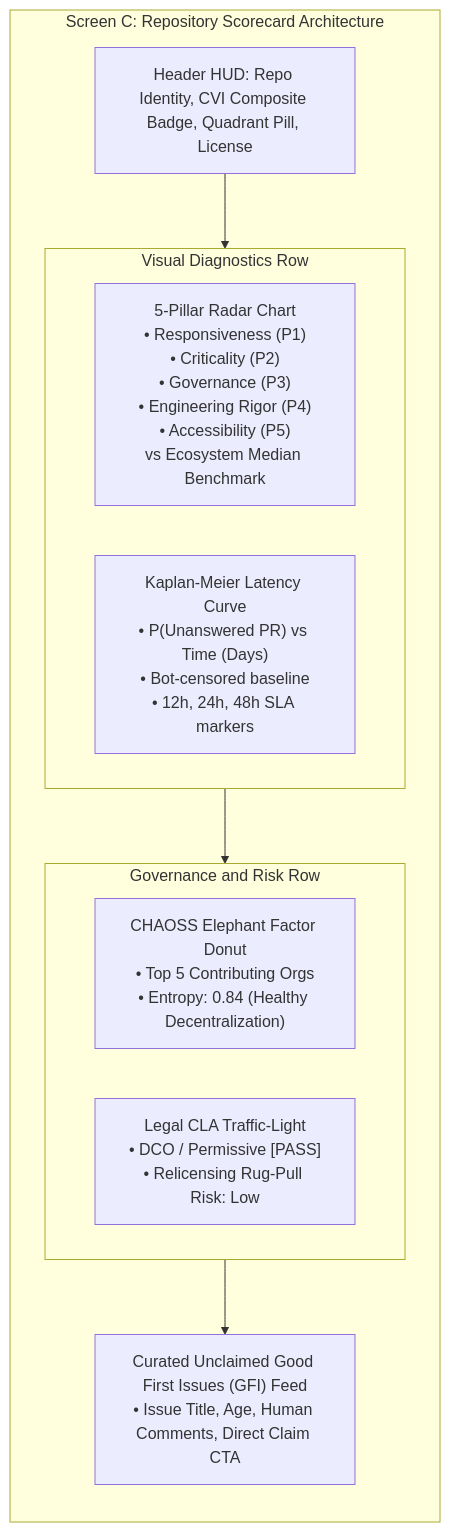
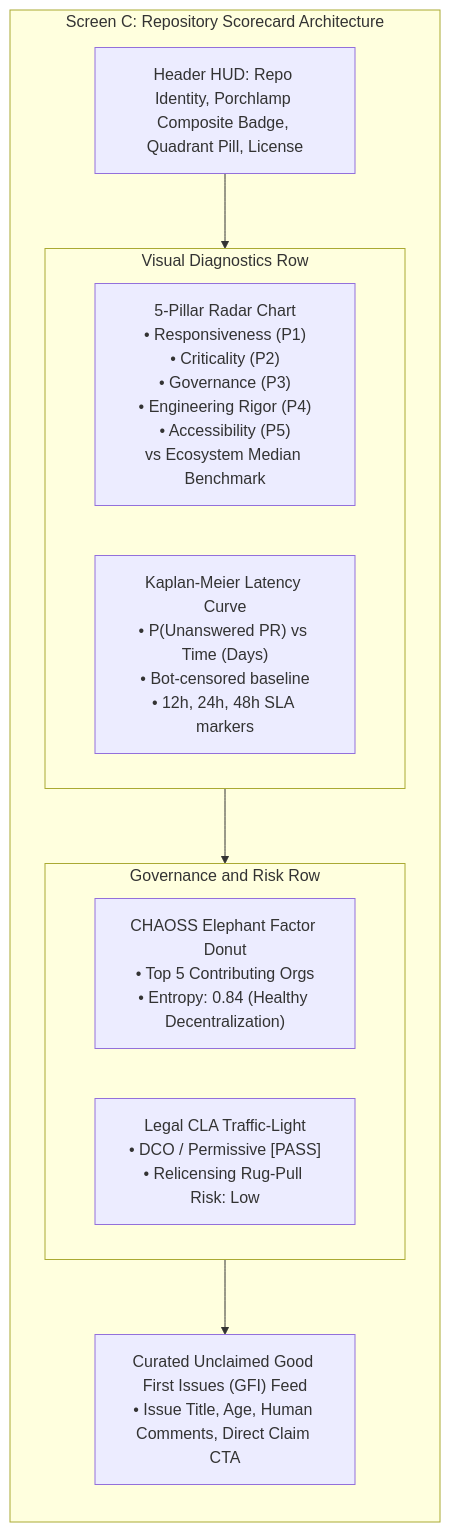
The eighth of 10 diagrams in docs/UI_UX_SPECIFICATION.md (pctablet505/porchlamp-engine), drawn with Mermaid before and after one commit. The commit also changed other lines of this file and 643 other files, not shown here.

````diff
--- a/docs/UI_UX_SPECIFICATION.md
+++ b/docs/UI_UX_SPECIFICATION.md
@@ -367,25 +367,25 @@
 ```mermaid
 flowchart TB
     subgraph ScorecardLayout ["Screen C: Repository Scorecard Architecture"]
         direction TB
-        Header["Header HUD: Repo Identity, CVI Composite Badge, Quadrant Pill, License"]
+        Header["Header HUD: Repo Identity, Porchlamp Composite Badge, Quadrant Pill, License"]
         
         subgraph VisualDuo ["Visual Diagnostics Row"]
             direction LR
             Radar["5-Pillar Radar Chart<br/>• Responsiveness (P1)<br/>• Criticality (P2)<br/>• Governance (P3)<br/>• Engineering Rigor (P4)<br/>• Accessibility (P5)<br/>vs Ecosystem Median Benchmark"]
             SurvivalCurve["Kaplan-Meier Latency Curve<br/>• P(Unanswered PR) vs Time (Days)<br/>• Bot-censored baseline<br/>• 12h, 24h, 48h SLA markers"]
         end
 
         subgraph GovernanceDuo ["Governance and Risk Row"]
             direction LR
             ElephantChart["CHAOSS Elephant Factor Donut<br/>• Top 5 Contributing Orgs<br/>• Entropy: 0.84 (Healthy Decentralization)"]
             CLAMatrix["Legal CLA Traffic-Light<br/>• DCO / Permissive [PASS]<br/>• Relicensing Rug-Pull Risk: Low"]
         end
 
         GFIStream["Curated Unclaimed Good First Issues (GFI) Feed<br/>• Issue Title, Age, Human Comments, Direct Claim CTA"]
     end
 
     Header --> VisualDuo
     VisualDuo --> GovernanceDuo
     GovernanceDuo --> GFIStream
 ```
````
